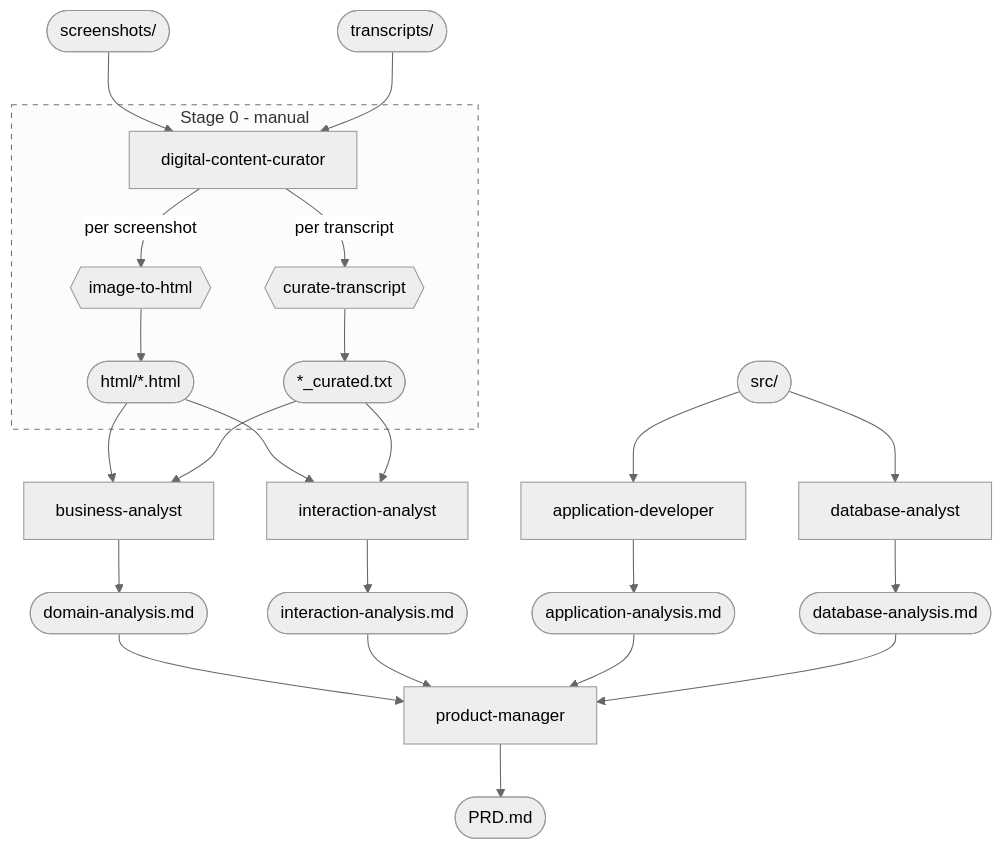
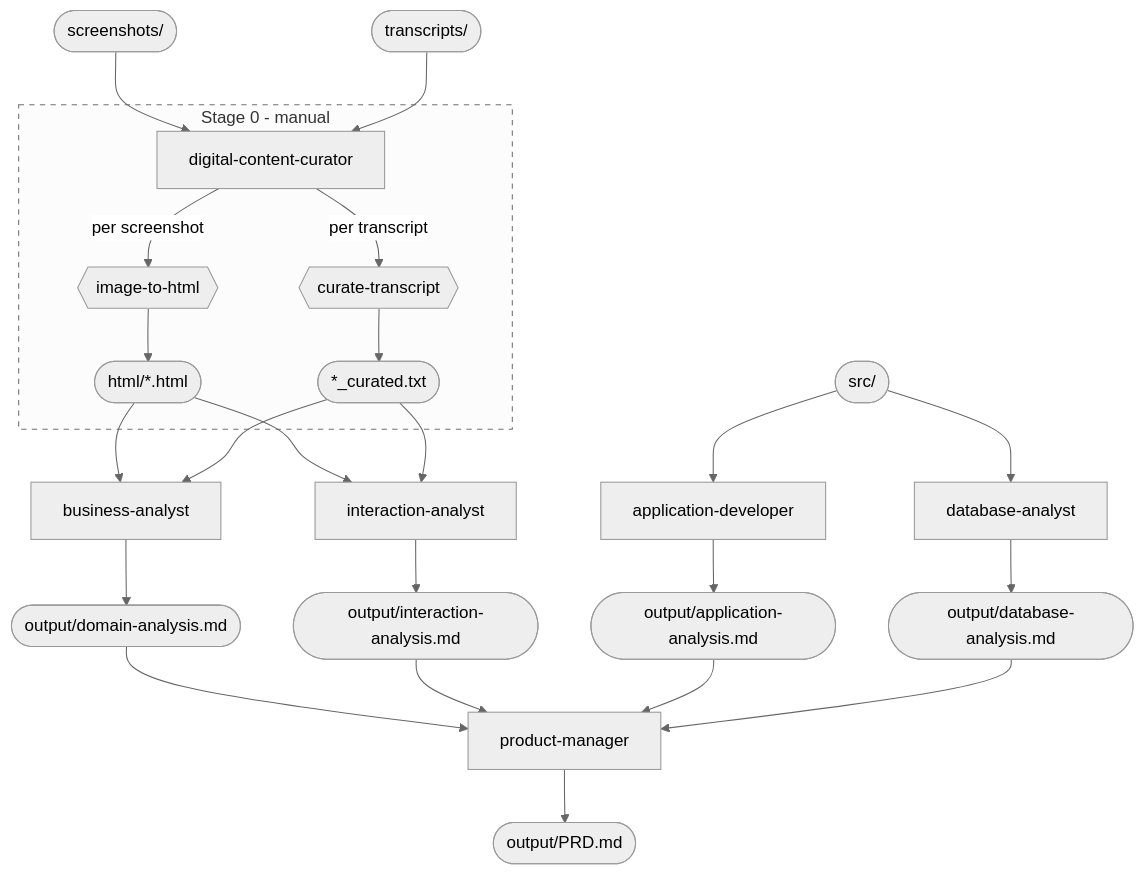
The diagram in README.md (scottburgess-kisa/claude-legacy-reveng-plugin), drawn with Mermaid (neutral theme) before and after one commit. The commit also changed other lines of this file and 5 other files, not shown here.

Commit message:
refactor: consolidate all analysis and PRD output into output/ directory

````diff
--- a/README.md
+++ b/README.md
@@ -119,40 +119,40 @@
 ```mermaid
 flowchart TB
     screenshots(["screenshots/"])
     transcripts(["transcripts/"])
     src(["src/"])
 
     subgraph stage0 ["Stage 0 - manual"]
         curator[digital-content-curator]
         i2h{{image-to-html}}
         ct{{curate-transcript}}
         html(["html/*.html"])
         curated(["*_curated.txt"])
 
         curator -->|per screenshot| i2h
         curator -->|per transcript| ct
         i2h --> html
         ct --> curated
     end
     style stage0 stroke-dasharray: 5 5
 
     screenshots --> curator
     transcripts --> curator
 
     appdev[application-developer]
     dbanalyst[database-analyst]
     src --> appdev & dbanalyst
 
     ba[business-analyst]
     ia[interaction-analyst]
     html & curated --> ba & ia
 
-    ba --> domain(["domain-analysis.md"])
-    ia --> workflows(["interaction-analysis.md"])
-    appdev --> codebase(["application-analysis.md"])
-    dbanalyst --> database(["database-analysis.md"])
+    ba --> domain(["output/domain-analysis.md"])
+    ia --> interaction(["output/interaction-analysis.md"])
+    appdev --> application(["output/application-analysis.md"])
+    dbanalyst --> database(["output/database-analysis.md"])
 
     PM[product-manager]
-    domain & workflows & codebase & database --> PM
-    PM --> PRD(["PRD.md"])
+    domain & interaction & application & database --> PM
+    PM --> PRD(["output/PRD.md"])
 ```
````
